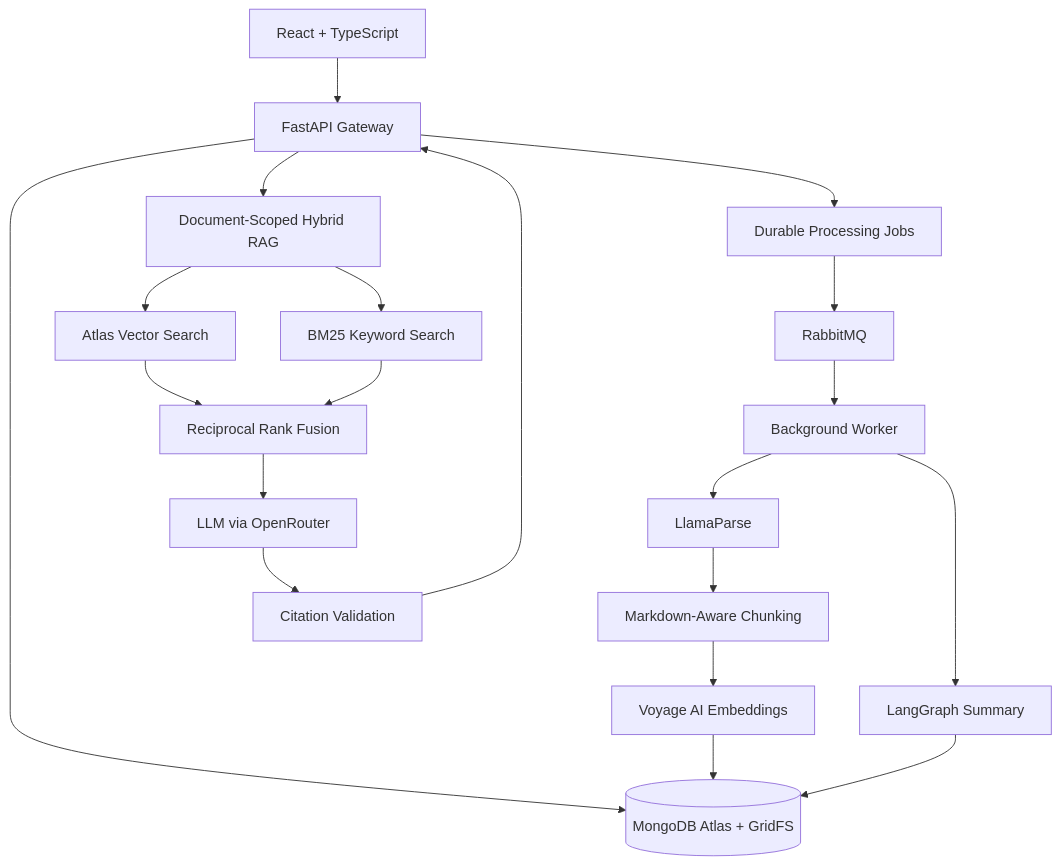
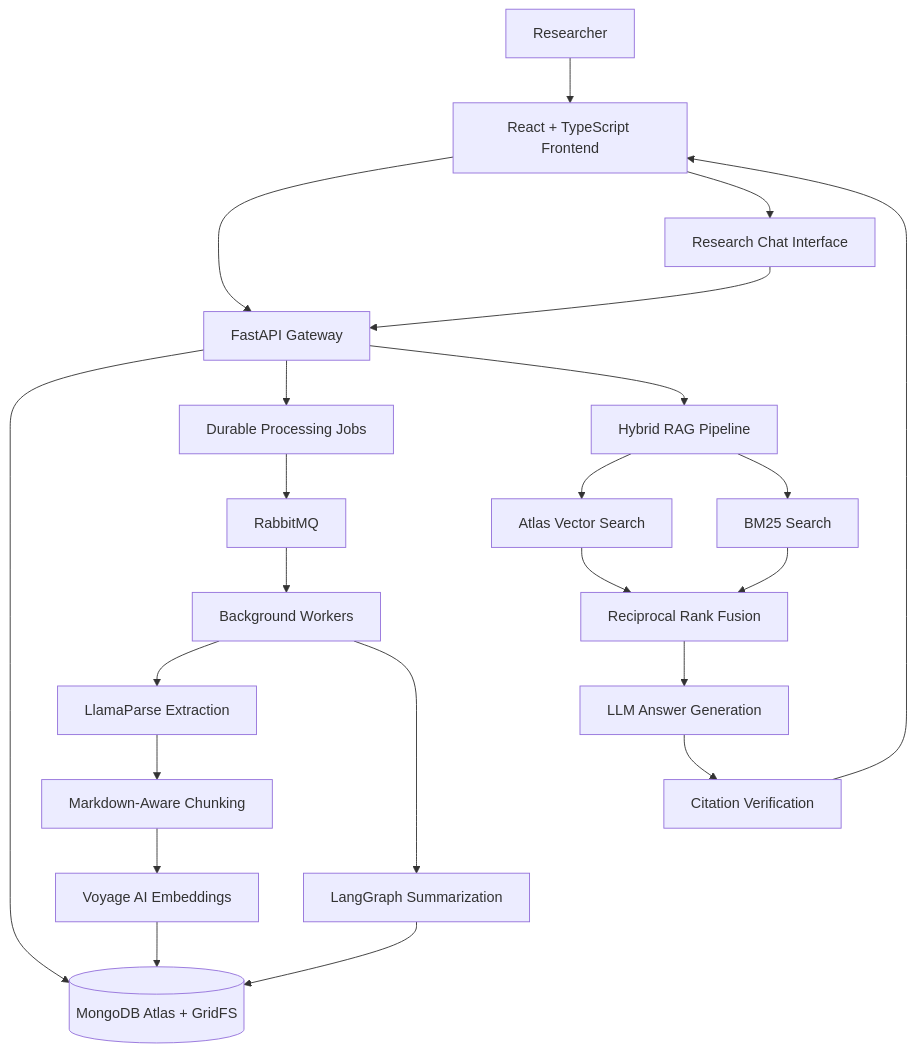
The diagram in README.md (arrathikan/Research-Assistant-for-PDFs), drawn with Mermaid before and after one commit. The commit also changed other lines of this file, not shown here.

Commit message:
docs(readme): replace overview with supplied ResearchAI guide

````diff
--- a/README.md
+++ b/README.md
@@ -33,22 +41,30 @@
 ```mermaid
 flowchart TD
-    UI["React + TypeScript"] --> API["FastAPI Gateway"]
+    U["Researcher"] --> UI["React + TypeScript Frontend"]
+    UI --> API["FastAPI Gateway"]
+
     API --> DB[("MongoDB Atlas + GridFS")]
     API --> JOB["Durable Processing Jobs"]
     JOB --> MQ["RabbitMQ"]
-    MQ --> WORKER["Background Worker"]
-    WORKER --> PARSE["LlamaParse"]
+    MQ --> WORKER["Background Workers"]
+
+    WORKER --> PARSE["LlamaParse Extraction"]
     PARSE --> CHUNK["Markdown-Aware Chunking"]
     CHUNK --> EMBED["Voyage AI Embeddings"]
     EMBED --> DB
-    WORKER --> SUM["LangGraph Summary"]
-    SUM --> DB
-    API --> RAG["Document-Scoped Hybrid RAG"]
+
+    WORKER --> SUMMARY["LangGraph Summarization"]
+    SUMMARY --> DB
+
+    UI --> CHAT["Research Chat Interface"]
+    CHAT --> API
+    API --> RAG["Hybrid RAG Pipeline"]
+
     RAG --> VECTOR["Atlas Vector Search"]
-    RAG --> KEYWORD["BM25 Keyword Search"]
+    RAG --> BM25["BM25 Search"]
     VECTOR --> RRF["Reciprocal Rank Fusion"]
-    KEYWORD --> RRF
-    RRF --> LLM["LLM via OpenRouter"]
-    LLM --> CIT["Citation Validation"]
-    CIT --> API
+    BM25 --> RRF
+    RRF --> LLM["LLM Answer Generation"]
+    LLM --> CITE["Citation Verification"]
+    CITE --> UI
 ```
````
